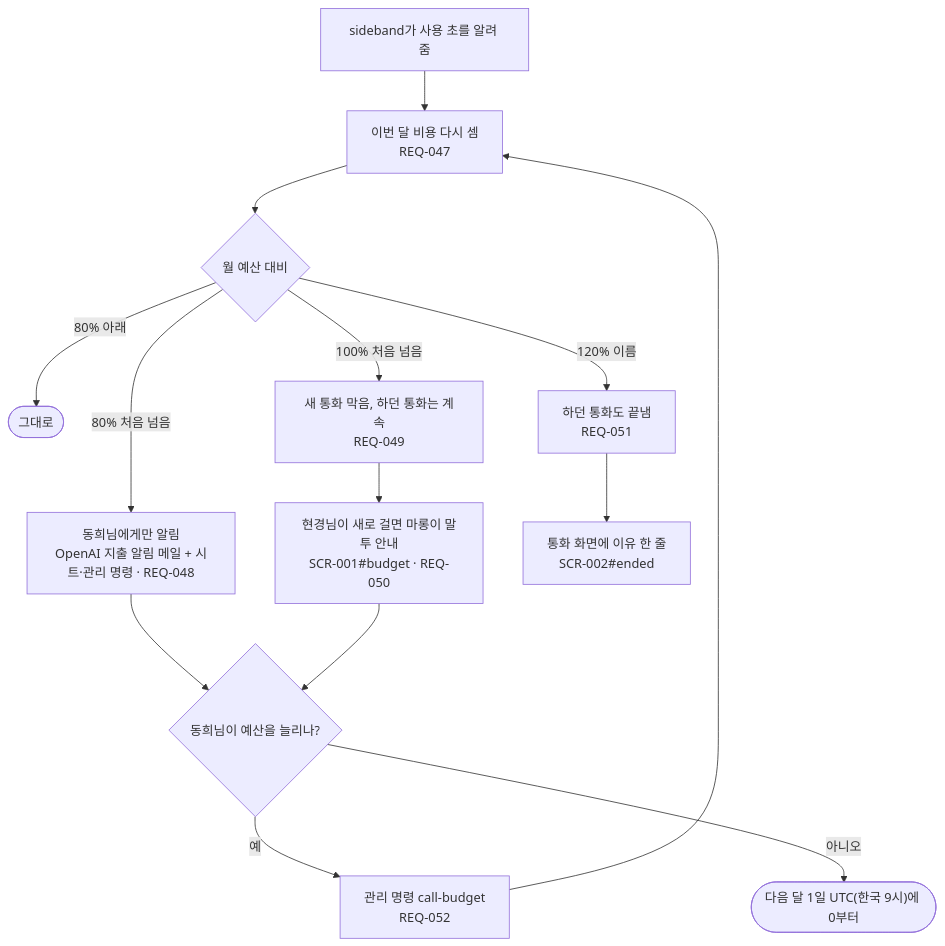
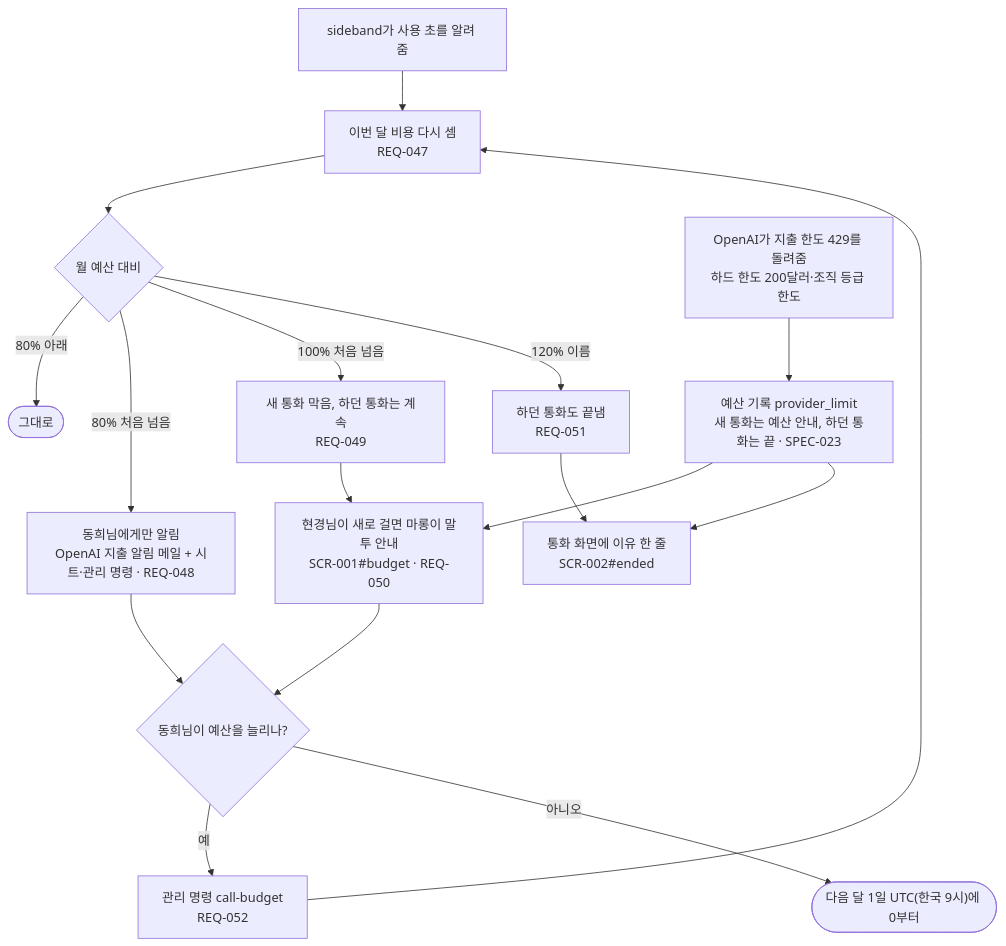
Before and after one commit to kodonghui/marong2: the diagram in docs/03-user-flow/FL-009-budget.md, drawn with Mermaid. The commit also changed other lines of this file and 22 other files, not shown here.

````diff
--- a/docs/03-user-flow/FL-009-budget.md
+++ b/docs/03-user-flow/FL-009-budget.md
@@ -6,15 +6,18 @@
 ```mermaid
 flowchart TD
   A["sideband가 사용 초를 알려 줌"] --> B["이번 달 비용 다시 셈<br/>REQ-047"]
   B --> C{"월 예산 대비"}
   C -->|"80% 아래"| Z(["그대로"])
   C -->|"80% 처음 넘음"| D["동희님에게만 알림<br/>OpenAI 지출 알림 메일 + 시트·관리 명령 · REQ-048"]
   C -->|"100% 처음 넘음"| E["새 통화 막음, 하던 통화는 계속<br/>REQ-049"]
   C -->|"120% 이름"| F["하던 통화도 끝냄<br/>REQ-051"]
+  A2["OpenAI가 지출 한도 429를 돌려줌<br/>하드 한도 200달러·조직 등급 한도"] --> P["예산 기록 provider_limit<br/>새 통화는 예산 안내, 하던 통화는 끝 · SPEC-023"]
+  P --> G
+  P --> H
   E --> G["현경님이 새로 걸면 마롱이 말투 안내<br/>SCR-001#budget · REQ-050"]
   F --> H["통화 화면에 이유 한 줄<br/>SCR-002#ended"]
   D --> I{"동희님이 예산을 늘리나?"}
   G --> I
   I -->|예| J["관리 명령 call-budget<br/>REQ-052"] --> B
   I -->|아니오| K(["다음 달 1일 UTC(한국 9시)에 0부터"])
 ```
````
